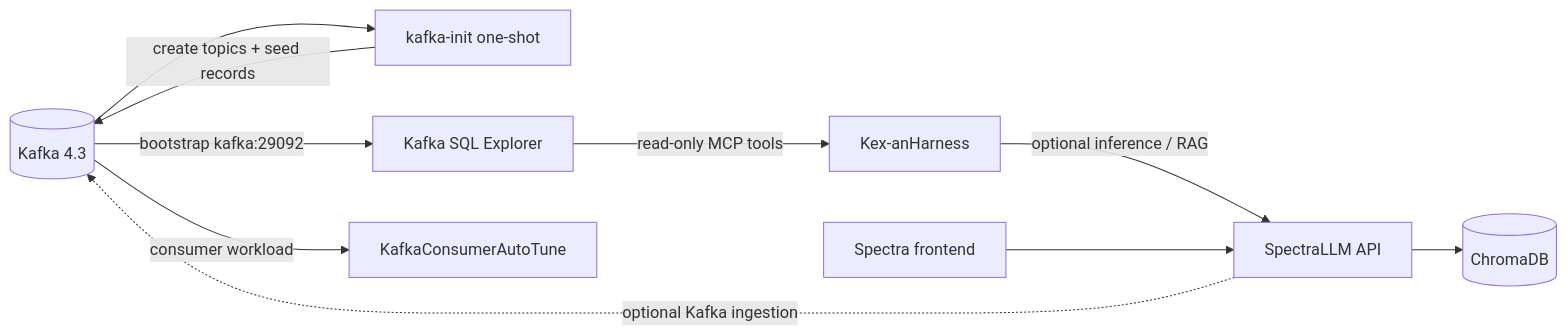
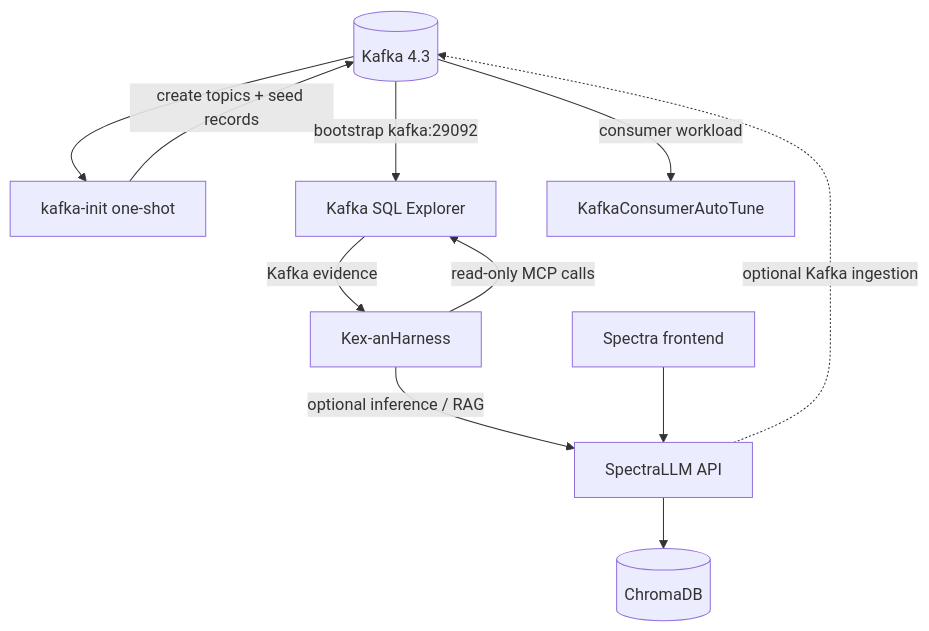
One commit to devdownin/Kex-Lab changed the first of 2 diagrams in docs/ARCHITECTURE.md. Above: the diagram before and after it, drawn with Mermaid. The commit also changed other lines of this file and 1 other file, not shown here.

Commit message:
docs: refresh How it connects diagram for Kex-anHarness

````diff
--- a/docs/ARCHITECTURE.md
+++ b/docs/ARCHITECTURE.md
@@ -9,12 +9,13 @@
 ```mermaid
-flowchart LR
+flowchart TD
     K[(Kafka 4.3)] --> I[kafka-init one-shot]
     I -->|create topics + seed records| K
     K -->|bootstrap kafka:29092| E[Kafka SQL Explorer]
     K -->|consumer workload| T[KafkaConsumerAutoTune]
-    E -->|read-only MCP tools| A[Kex-anHarness]
+    A["Kex-anHarness"] -->|read-only MCP calls| E
+    E -->|Kafka evidence| A
     A -->|optional inference / RAG| S[SpectraLLM API]
     SF[Spectra frontend] --> S
     S --> C[(ChromaDB)]
     S -. optional Kafka ingestion .-> K
 ```
````
